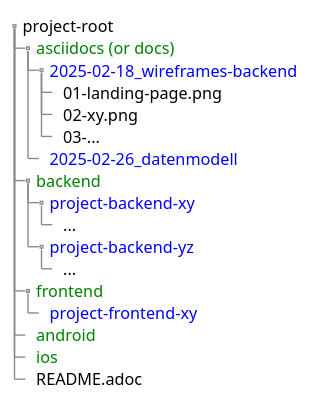
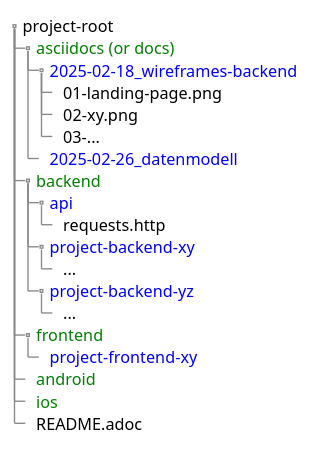
One commit to htl-leo-projekte/project-checklist changed the diagram in asciidocs/docs/index.adoc. Above: the diagram before and after it, drawn with PlantUML. The commit also changed other lines of this file, not shown here.

```diff
--- a/asciidocs/docs/index.adoc
+++ b/asciidocs/docs/index.adoc
@@ -81,27 +81,29 @@
 [plantuml,projekt-repo-struktur,svg]
 ----
 @startsalt
 {
 {T
  + project-root
  ++ <color:green>asciidocs (or docs)
  +++ <color:blue>2025-02-18_wireframes-backend
  ++++ 01-landing-page.png
  ++++ 02-xy.png
  ++++ 03-...
  +++ <color:blue>2025-02-26_datenmodell
  ++ <color:green>backend
+ +++ <color:blue>api
+ ++++ requests.http
  +++ <color:blue>project-backend-xy
  ++++ ...
  +++ <color:blue>project-backend-yz
  ++++ ...
  ++ <color:green>frontend
  +++ <color:blue>project-frontend-xy
  ++ <color:green>android
  ++ <color:green>ios
  ++ README.adoc
 }
 }
 @endsalt
 
 ----
```
